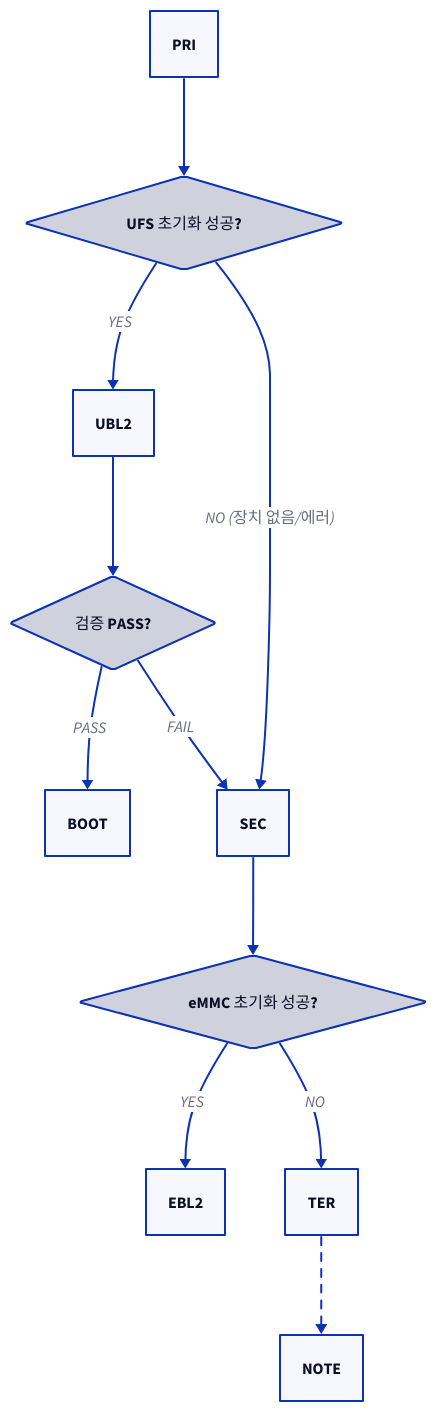
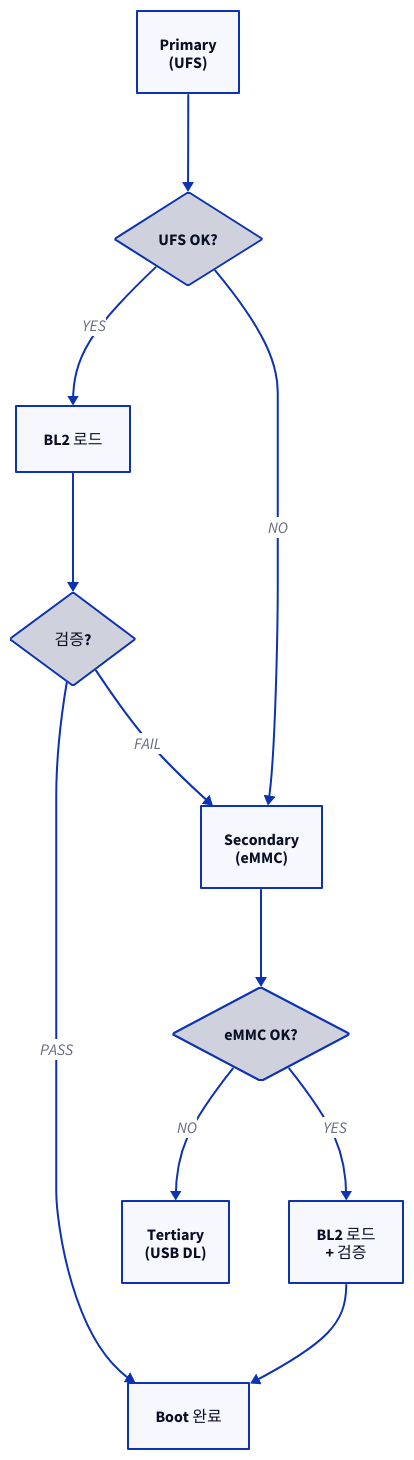
Before and after one commit to humbleowl39/DV_SKOOL: the third of 4 diagrams in topics/soc_secure_boot/docs/04_boot_device_and_boot_mode.md, drawn with D2. The commit also changed 90 other files, not shown here.

First line of the commit message:
docs: 전 토픽 다이어그램 정비 — ASCII→D2, mermaid→D2, 과대 D2 가시성 수정

````diff
--- a/topics/soc_secure_boot/docs/04_boot_device_and_boot_mode.md
+++ b/topics/soc_secure_boot/docs/04_boot_device_and_boot_mode.md
@@ -217,24 +217,23 @@
 ```d2
 direction: down
 
-# unparsed: PRI["Primary: UFS"]
-PRIQ: "UFS 초기화 성공?" { shape: diamond }
-# unparsed: UBL2[BL2 로드]
-UVRF: "검증 PASS?" { shape: diamond }
-# unparsed: BOOT["Boot"]
-# unparsed: SEC["Secondary: eMMC"]
-SECQ: "eMMC 초기화 성공?" { shape: diamond }
-# unparsed: EBL2["BL2 로드 → 검증"]
-# unparsed: TER["Tertiary: USB DL Mode<br/>USB Enumeration 대기<br/>(무한 대기 또는 타임아웃)"]
+PRI: "Primary\n(UFS)"
+PRIQ: "UFS OK?" { shape: diamond }
+UBL2: "BL2 로드"
+UVRF: "검증?" { shape: diamond }
+BOOT: "Boot 완료"
+SEC: "Secondary\n(eMMC)"
+SECQ: "eMMC OK?" { shape: diamond }
+EBL2: "BL2 로드\n+ 검증"
+TER: "Tertiary\n(USB DL)"
 PRI -> PRIQ
 PRIQ -> UBL2: "YES"
 UBL2 -> UVRF
 UVRF -> BOOT: "PASS"
 UVRF -> SEC: "FAIL"
-PRIQ -> SEC: "NO (장치 없음/에러)"
+PRIQ -> SEC: "NO"
 SEC -> SECQ
 SECQ -> EBL2: "YES"
+EBL2 -> BOOT
 SECQ -> TER: "NO"
-# unparsed: NOTE["주의: Fallback 순서/허용 여부는 OTP 에 설정됨<br/>Secure Boot 는 USB DL 자체를 차단할 수도 있음"]
-TER -> NOTE { style.stroke-dash: 4 }
 ```
````
